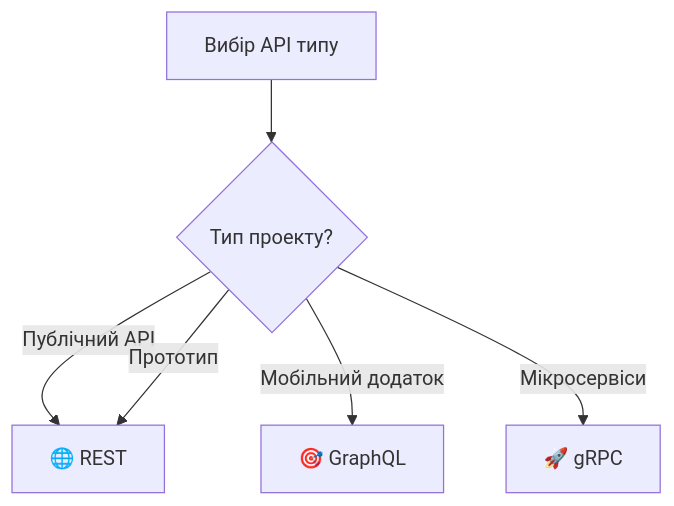
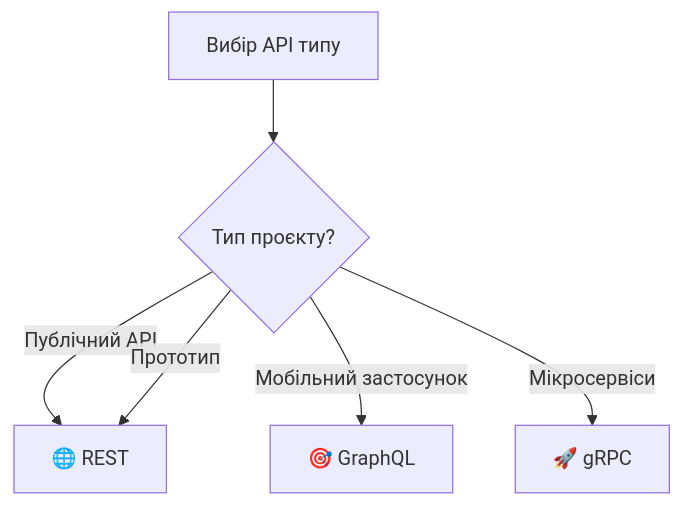
Before and after one commit to olroi421/course-web: the ninth of 17 diagrams in presentations/presentation-01.md, drawn with Mermaid. The commit also changed other lines of this file and 4 other files, not shown here.

````diff
--- a/presentations/presentation-01.md
+++ b/presentations/presentation-01.md
@@ -320,9 +340,9 @@
 ```mermaid
 flowchart TD
-    A[Вибір API типу] --> B{Тип проекту?}
+    A[Вибір API типу] --> B{Тип проєкту?}
 
     B -->|Публічний API| C[🌐 REST]
-    B -->|Мобільний додаток| D[🎯 GraphQL]
+    B -->|Мобільний застосунок| D[🎯 GraphQL]
     B -->|Мікросервіси| E[🚀 gRPC]
     B -->|Прототип| C
 ```
````
